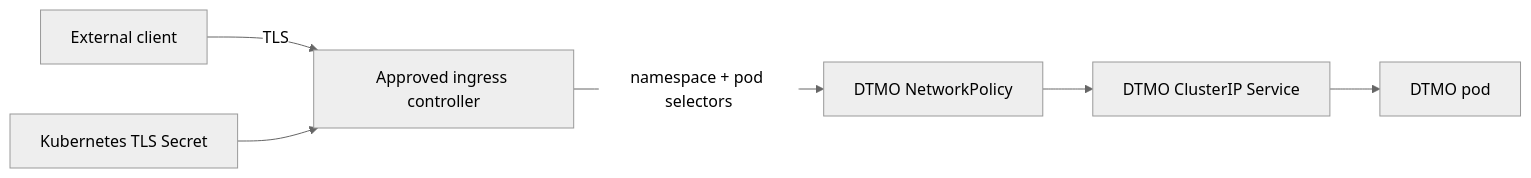
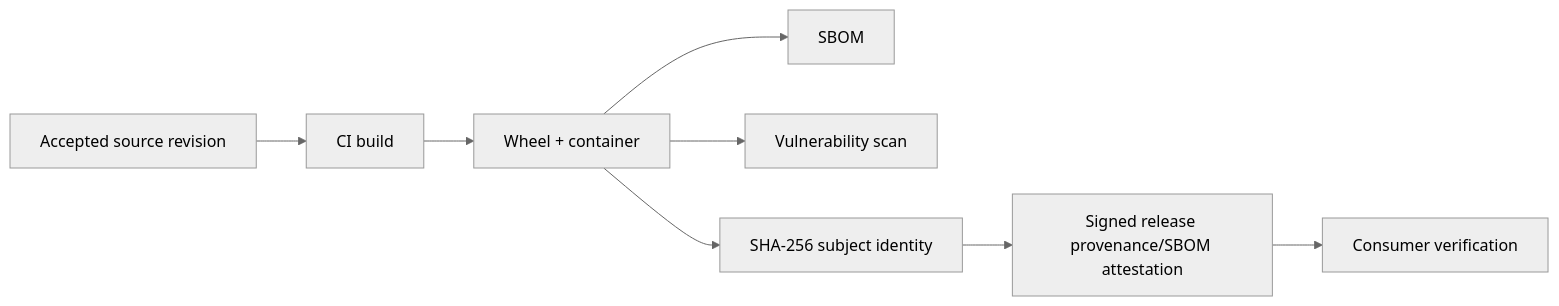
The second of 2 diagrams in README.md (GJvManen/dtmo), drawn with Mermaid (neutral theme) before and after one commit. The commit also changed other lines of this file, not shown here.

````diff
--- a/README.md
+++ b/README.md
@@ -65,8 +62,10 @@
 ```mermaid
 flowchart LR
-    C[External client] -->|TLS| IC[Approved ingress controller]
-    IC -->|namespace + pod selectors| NP[DTMO NetworkPolicy]
-    NP --> S[DTMO ClusterIP Service]
-    S --> D[DTMO pod]
-    T[Kubernetes TLS Secret] --> IC
+    S[Accepted source revision] --> B[CI build]
+    B --> A[Wheel + container]
+    A --> SB[SBOM]
+    A --> V[Vulnerability scan]
+    A --> H[SHA-256 subject identity]
+    H --> P[Signed release provenance/SBOM attestation]
+    P --> X[Consumer verification]
 ```
````
